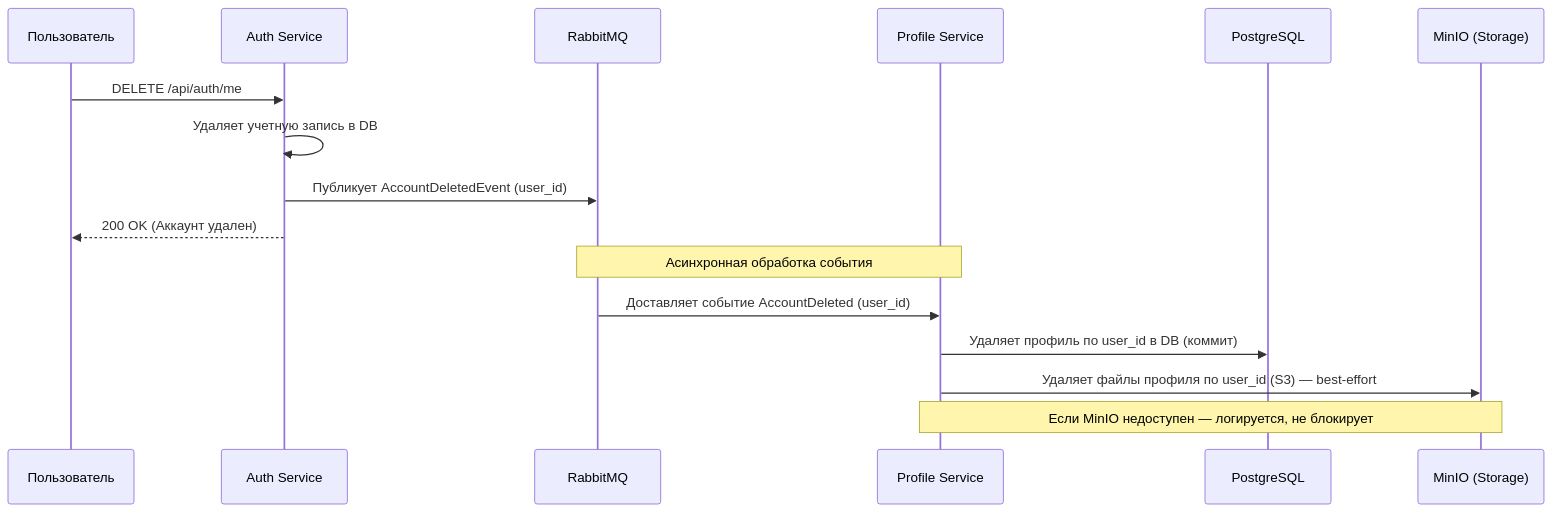
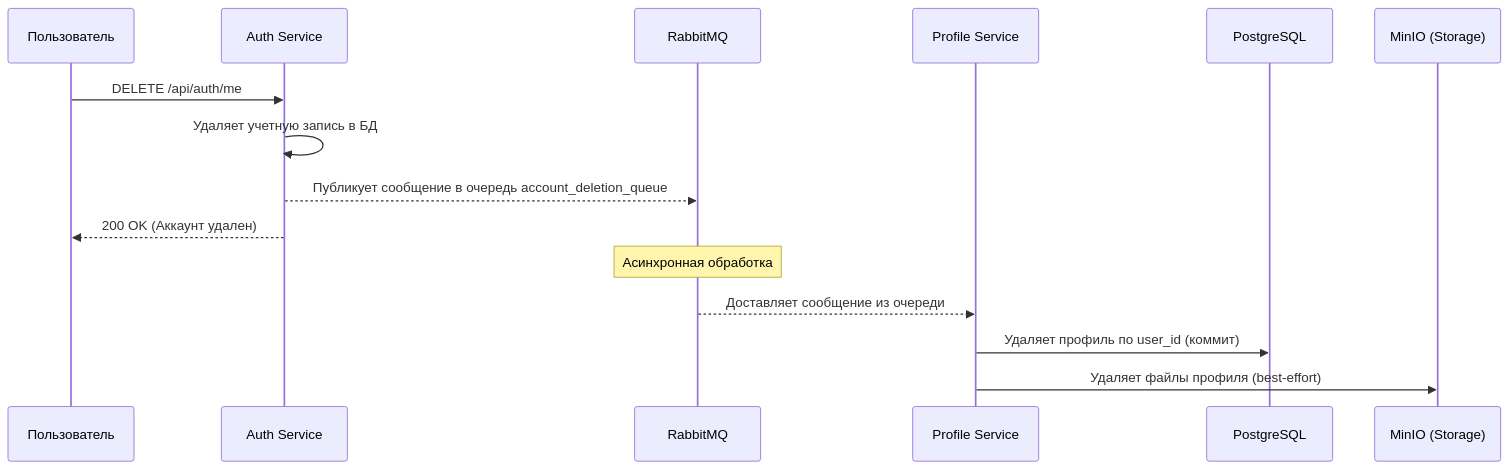
Before and after one commit to mindcoree/LoreLounge: the third of 4 diagrams in README.md, drawn with Mermaid. The commit also changed other lines of this file and 1 other file, not shown here.

````diff
--- a/README.md
+++ b/README.md
@@ -165,21 +165,20 @@
 ```mermaid
 sequenceDiagram
     participant User as Пользователь
     participant Auth as Auth Service
     participant RMQ as RabbitMQ
     participant Profile as Profile Service
     participant PG as PostgreSQL
     participant MinIO as MinIO (Storage)
 
     User->>Auth: DELETE /api/auth/me
-    Auth->>Auth: Удаляет учетную запись в DB
-    Auth->>RMQ: Публикует AccountDeletedEvent (user_id)
+    Auth->>Auth: Удаляет учетную запись в БД
+    Auth-->>RMQ: Публикует сообщение в очередь account_deletion_queue
     Auth-->>User: 200 OK (Аккаунт удален)
-    
-    Note over RMQ, Profile: Асинхронная обработка события
-    
-    RMQ->>Profile: Доставляет событие AccountDeleted (user_id)
-    Profile->>PG: Удаляет профиль по user_id в DB (коммит)
-    Profile->>MinIO: Удаляет файлы профиля по user_id (S3) — best-effort
-    Note over Profile, MinIO: Если MinIO недоступен — логируется, не блокирует
+
+    Note over RMQ: Асинхронная обработка
+
+    RMQ-->>Profile: Доставляет сообщение из очереди
+    Profile->>PG: Удаляет профиль по user_id (коммит)
+    Profile->>MinIO: Удаляет файлы профиля (best-effort)
 ```
````
